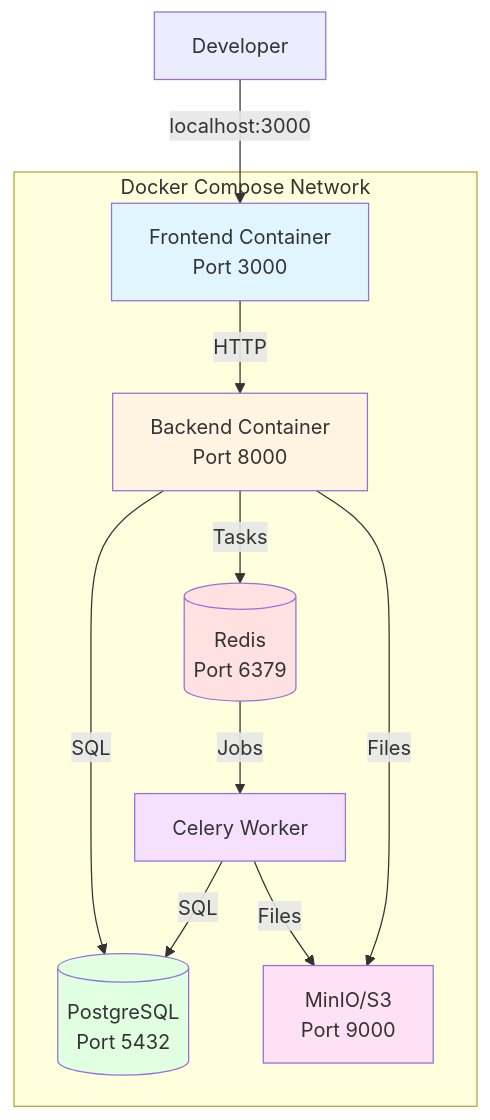
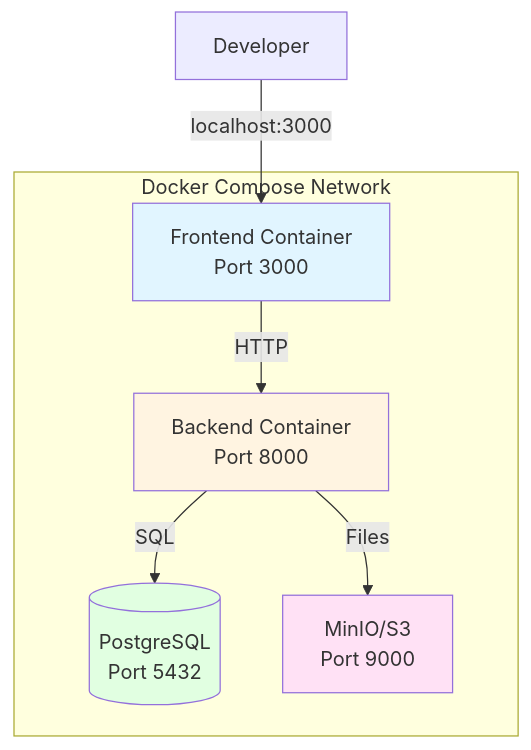
Before and after one commit to EPFL-ENAC/co2-calculator: the first of 3 diagrams in docs/src/architecture/11-deployment-topology.md, drawn with Mermaid. The commit also changed other lines of this file and 2 other files, not shown here.

First line of the commit message:
docs(860): remove Redis/Celery nodes from architecture mermaid diagrams

````diff
--- a/docs/src/architecture/11-deployment-topology.md
+++ b/docs/src/architecture/11-deployment-topology.md
@@ -11,28 +11,20 @@
 ```mermaid
 graph TB
     subgraph "Docker Compose Network"
         Frontend[Frontend Container<br/>Port 3000]
         Backend[Backend Container<br/>Port 8000]
         DB[(PostgreSQL<br/>Port 5432)]
-        Redis[(Redis<br/>Port 6379)]
-        Worker[Celery Worker]
         Storage[MinIO/S3<br/>Port 9000]
 
         Frontend -->|HTTP| Backend
         Backend -->|SQL| DB
-        Backend -->|Tasks| Redis
-        Redis -->|Jobs| Worker
-        Worker -->|SQL| DB
-        Worker -->|Files| Storage
         Backend -->|Files| Storage
     end
 
     User[Developer] -->|localhost:3000| Frontend
 
     style Frontend fill:#e1f5ff
     style Backend fill:#fff4e1
     style DB fill:#e1ffe1
-    style Redis fill:#ffe1e1
-    style Worker fill:#f5e1ff
     style Storage fill:#ffe1f5
 ```
````
